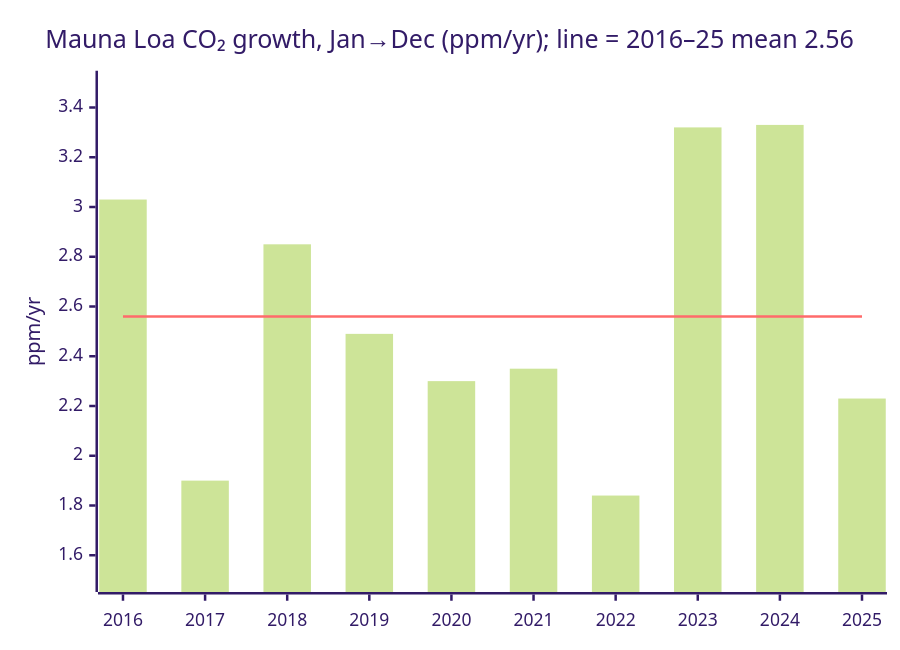
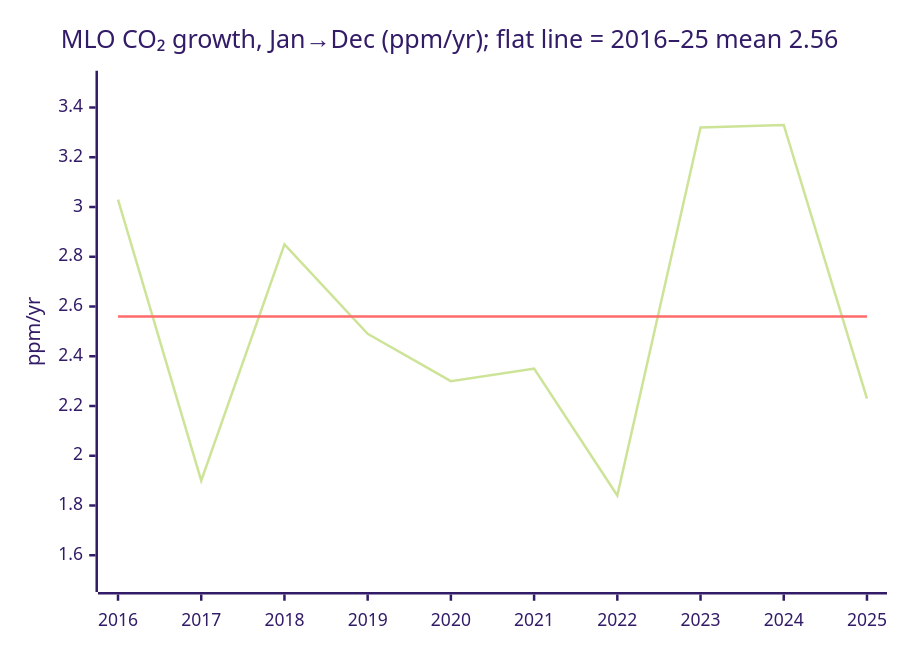
Before and after one commit to pasky/grand-endeavors: the second of 2 diagrams in pilot-26H1/climate.md, drawn with Mermaid (forest theme). The commit also changed other lines of this file, not shown here.

Commit message:
pilot-26H1 climate: draft

````diff
--- a/pilot-26H1/climate.md
+++ b/pilot-26H1/climate.md
@@ -59,8 +62,9 @@
 ```mermaid
 xychart-beta
-    title "Mauna Loa CO₂ growth, Jan→Dec (ppm/yr); line = 2016–25 mean 2.56"
+    %% kpi: climate co2-growth-mlo-jan-dec --label year
+    title "MLO CO₂ growth, Jan→Dec (ppm/yr); flat line = 2016–25 mean 2.56"
     x-axis [2016, 2017, 2018, 2019, 2020, 2021, 2022, 2023, 2024, 2025]
     y-axis "ppm/yr" 1.5 --> 3.5
-    bar [3.03, 1.90, 2.85, 2.49, 2.30, 2.35, 1.84, 3.32, 3.33, 2.23]
+    line [3.03, 1.90, 2.85, 2.49, 2.30, 2.35, 1.84, 3.32, 3.33, 2.23]
     line [2.56, 2.56, 2.56, 2.56, 2.56, 2.56, 2.56, 2.56, 2.56, 2.56]
 ```
````
